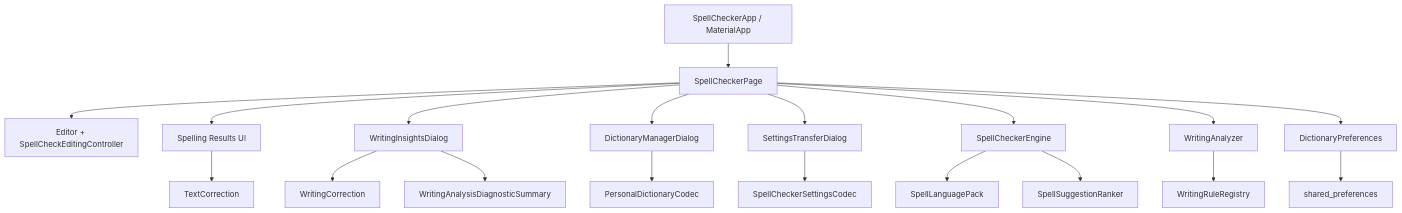
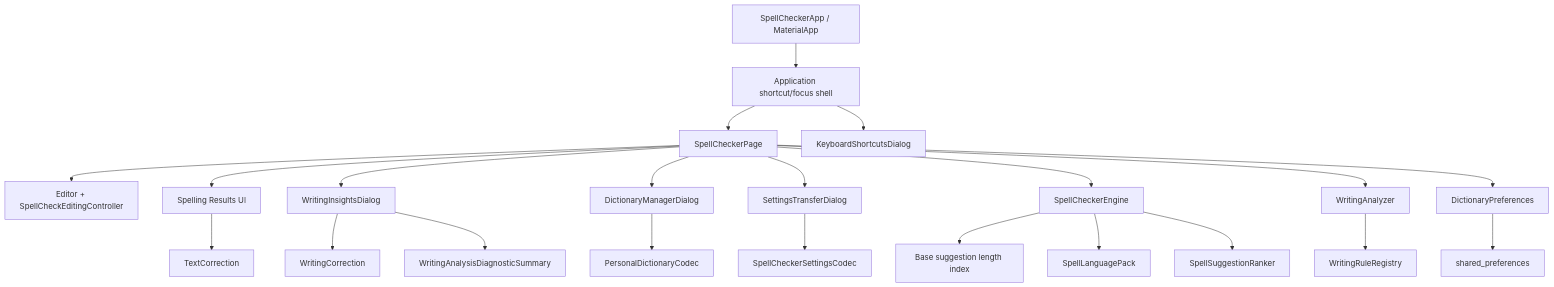
One commit to sanskarIN/SpellChecker changed the first of 2 diagrams in docs/ARCHITECTURE.md. Above: the diagram before and after it, drawn with Mermaid. The commit also changed other lines of this file, not shown here.

Commit message:
docs(architecture): align V3.2 app and platform design

````diff
--- a/docs/ARCHITECTURE.md
+++ b/docs/ARCHITECTURE.md
@@ -7,41 +7,47 @@
 ```mermaid
 flowchart TD
   App[SpellCheckerApp / MaterialApp]
+  Home[Application shortcut/focus shell]
   Page[SpellCheckerPage]
   Editor[Editor + SpellCheckEditingController]
   Results[Spelling Results UI]
+  ShortcutDialog[KeyboardShortcutsDialog]
   WritingDialog[WritingInsightsDialog]
   DictionaryDialog[DictionaryManagerDialog]
   SettingsDialog[SettingsTransferDialog]
   Engine[SpellCheckerEngine]
+  CandidateIndex[Base suggestion length index]
   Pack[SpellLanguagePack]
   Ranker[SpellSuggestionRanker]
   Analyzer[WritingAnalyzer]
   Rules[WritingRuleRegistry]
   TextCorrection[TextCorrection]
   WritingCorrection[WritingCorrection]
   Preferences[DictionaryPreferences]
   SharedPrefs[shared_preferences]
   DictCodec[PersonalDictionaryCodec]
   SettingsCodec[SpellCheckerSettingsCodec]
   Diagnostics[WritingAnalysisDiagnosticSummary]
 
-  App --> Page
+  App --> Home
+  Home --> Page
+  Home --> ShortcutDialog
   Page --> Editor
   Page --> Results
   Page --> WritingDialog
   Page --> DictionaryDialog
   Page --> SettingsDialog
   Page --> Engine
   Page --> Analyzer
   Page --> Preferences
+  Engine --> CandidateIndex
   Engine --> Pack
   Engine --> Ranker
   Analyzer --> Rules
   Results --> TextCorrection
   WritingDialog --> WritingCorrection
   Preferences --> SharedPrefs
   DictionaryDialog --> DictCodec
   SettingsDialog --> SettingsCodec
   WritingDialog --> Diagnostics
 ```
````
